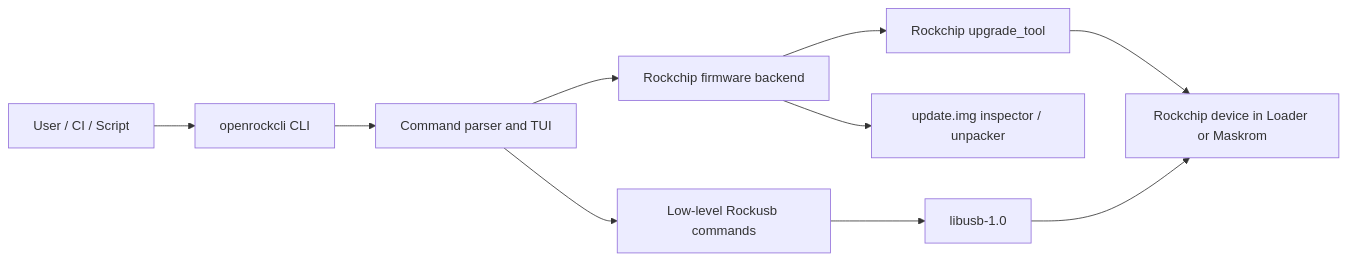
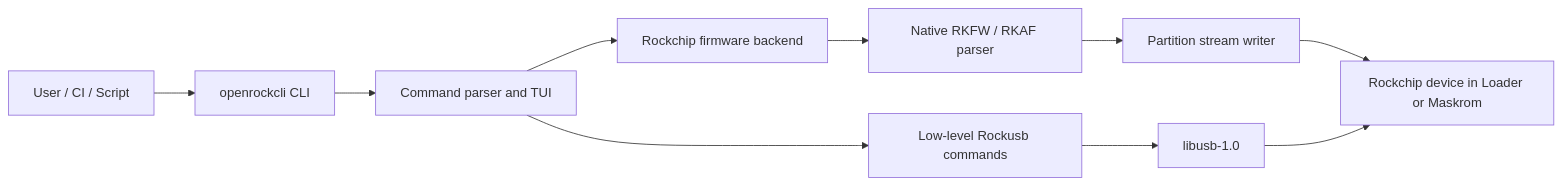
The first of 2 diagrams in README.md (dshanpi/openrockcli), drawn with Mermaid before and after one commit. The commit also changed other lines of this file and 13 other files, not shown here.

````diff
--- a/README.md
+++ b/README.md
@@ -19,12 +22,12 @@
 ```mermaid
 flowchart LR
     user[User / CI / Script] --> cli[openrockcli CLI]
     cli --> parser[Command parser and TUI]
     parser --> backend[Rockchip firmware backend]
     parser --> lowlevel[Low-level Rockusb commands]
-    backend --> upgrade[Rockchip upgrade_tool]
-    backend --> image[update.img inspector / unpacker]
+    backend --> image[Native RKFW / RKAF parser]
+    image --> stream[Partition stream writer]
     lowlevel --> libusb[libusb-1.0]
-    upgrade --> device[Rockchip device in Loader or Maskrom]
+    stream --> device[Rockchip device in Loader or Maskrom]
     libusb --> device
 ```
````
